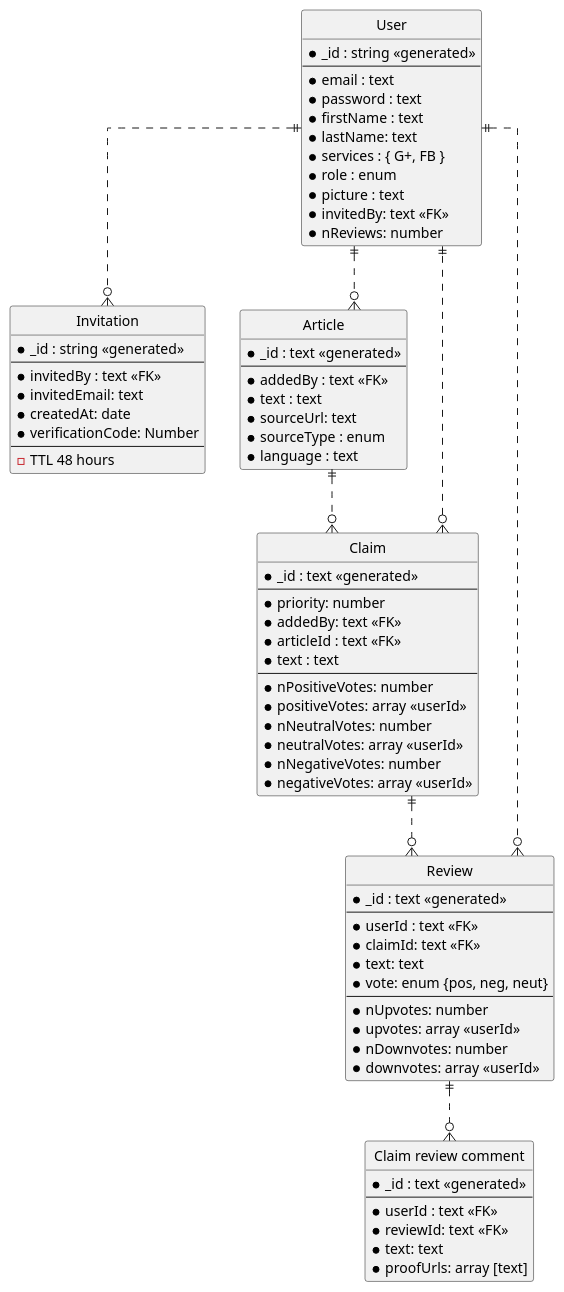
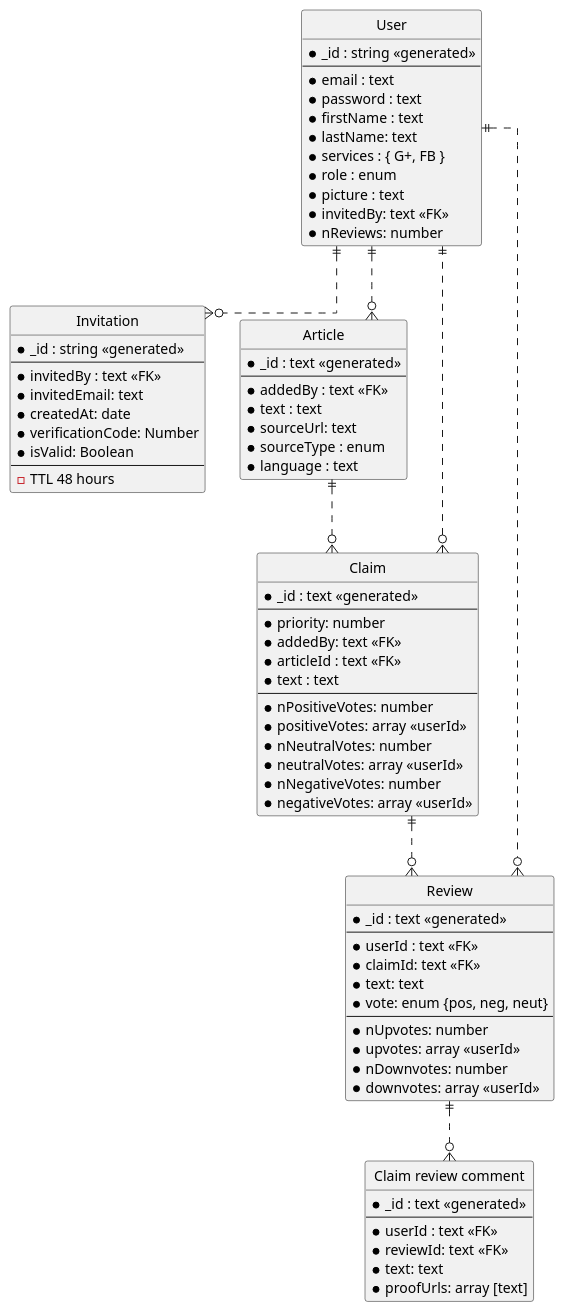
Before and after one commit to aic-factcheck/fact_checking_be: the diagram in sys_docs/entity_relations.puml, drawn with PlantUML. The commit also changed 5 other files, not shown here.

```diff
--- a/sys_docs/entity_relations.puml
+++ b/sys_docs/entity_relations.puml
@@ -1,93 +1,94 @@
 @startuml
 ' hide the spot
 hide circle
 
 ' avoid problems with angled crows feet
 skinparam linetype ortho
 
 entity "User" as user {
   *_id : string <<generated>>
   --
   *email : text
   *password : text
   *firstName : text
   *lastName: text
   *services : { G+, FB }
   *role : enum
   *picture : text
   *invitedBy: text <<FK>>
   *nReviews: number
 }
 
 entity "Invitation" as inv {
   *_id : string <<generated>>
   --
   *invitedBy : text <<FK>>
   *invitedEmail: text
   *createdAt: date
   *verificationCode: Number
+  *isValid: Boolean
   --
   - TTL 48 hours
 }
 
 entity "Article" as article {
   *_id : text <<generated>>
   --
   *addedBy : text <<FK>>
   *text : text
   *sourceUrl: text
   *sourceType : enum
   *language : text
 }
 
 entity "Claim" as claim {
   *_id : text <<generated>>
   --
   *priority: number
   *addedBy: text <<FK>>
   *articleId : text <<FK>>
   *text : text
   --
   *nPositiveVotes: number
   *positiveVotes: array <<userId>>
   *nNeutralVotes: number
   *neutralVotes: array <<userId>>
   *nNegativeVotes: number
   *negativeVotes: array <<userId>>
   ' *nUpvotes: number
   ' *upvotes: array <<userId>>
   ' *nDownvotes: number
   ' *downvotes: array <<userId>>
 }
 
 entity "Review" as review {
   *_id : text <<generated>>
   --
   *userId : text <<FK>>
   *claimId: text <<FK>>
   *text: text
   *vote: enum {pos, neg, neut}
   --
   *nUpvotes: number
   *upvotes: array <<userId>>
   *nDownvotes: number
   *downvotes: array <<userId>>
 }
 
 entity "Claim review comment" as claimReviewComment {
   *_id : text <<generated>>
   --
   *userId : text <<FK>>
   *reviewId: text <<FK>>
   *text: text
   *proofUrls: array [text] 
 }
 
 user ||..o{ article
 user ||..o{ inv
 article ||..o{ claim
 user ||..o{ review
 claim ||..o{ review
 claim }o..|| user
 review ||..o{ claimReviewComment
 @enduml
```
